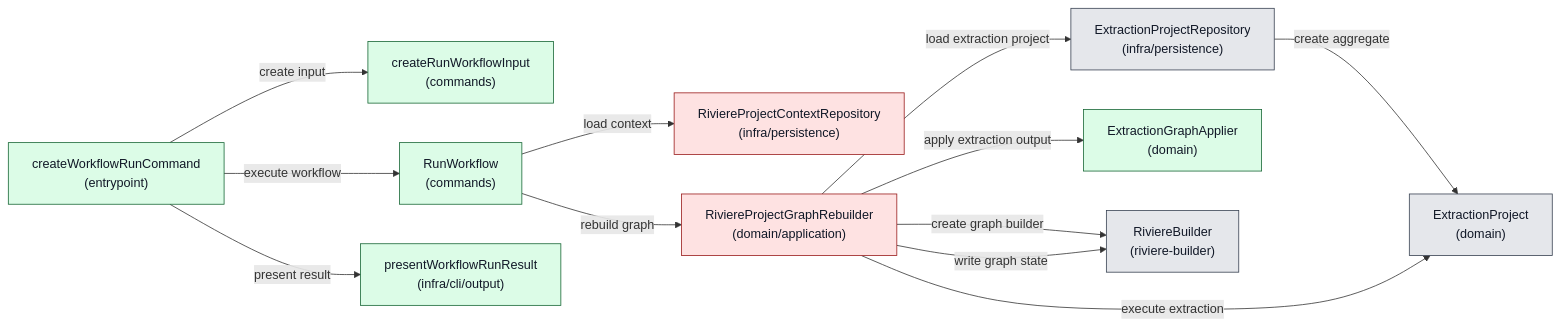
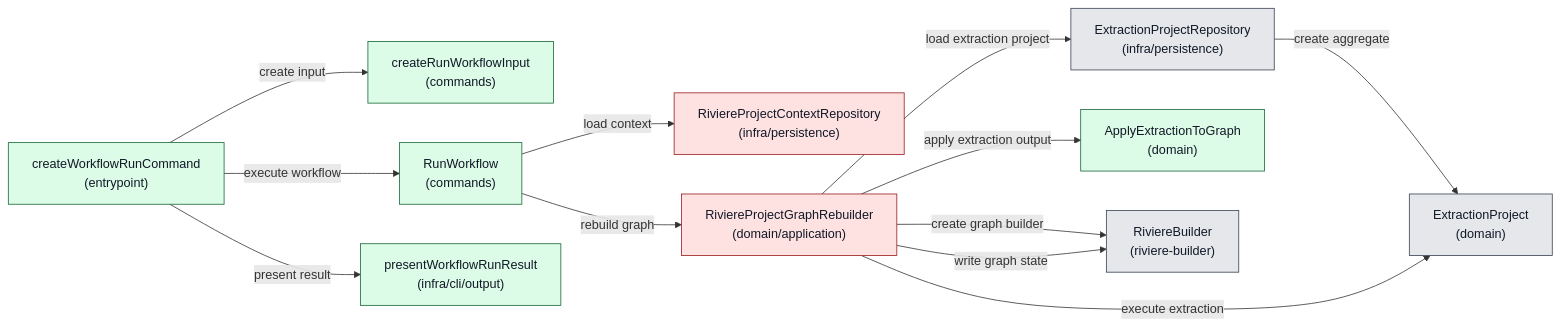
Before and after one commit to NTCoding/living-architecture: the fourth of 5 diagrams in docs/project/PRD/riviere-extraction-workflows-v1/ARCH.md, drawn with Mermaid. The commit also changed other lines of this file and 1 other file, not shown here.

````diff
--- a/docs/project/PRD/riviere-extraction-workflows-v1/ARCH.md
+++ b/docs/project/PRD/riviere-extraction-workflows-v1/ARCH.md
@@ -549,40 +620,40 @@
 ```mermaid
 flowchart LR
   entrypoint["createWorkflowRunCommand<br/>(entrypoint)"]
   inputFactory["createRunWorkflowInput<br/>(commands)"]
   useCase["RunWorkflow<br/>(commands)"]
   contextRepository["RiviereProjectContextRepository<br/>(infra/persistence)"]
   extractionRepository["ExtractionProjectRepository<br/>(infra/persistence)"]
   rebuilder["RiviereProjectGraphRebuilder<br/>(domain/application)"]
   extractionProject["ExtractionProject<br/>(domain)"]
-  graphApplier["ExtractionGraphApplier<br/>(domain)"]
+  graphApplier["ApplyExtractionToGraph<br/>(domain)"]
   builder["RiviereBuilder<br/>(riviere-builder)"]
   formatter["presentWorkflowRunResult<br/>(infra/cli/output)"]
 
   entrypoint -->|create input| inputFactory
   entrypoint -->|execute workflow| useCase
   useCase -->|load context| contextRepository
   useCase -->|rebuild graph| rebuilder
   rebuilder -->|load extraction project| extractionRepository
   extractionRepository -->|create aggregate| extractionProject
   rebuilder -->|execute extraction| extractionProject
   rebuilder -->|create graph builder| builder
   rebuilder -->|apply extraction output| graphApplier
   rebuilder -->|write graph state| builder
   entrypoint -->|present result| formatter
 
   classDef statusExisting fill:#e5e7eb,stroke:#374151,color:#111827
   classDef statusChanged fill:#fef3c7,stroke:#92400e,color:#111827
   classDef statusNew fill:#dcfce7,stroke:#166534,color:#111827
-  classDef statusOpen fill:#fee2e2,stroke:#991b1b,color:#111827
+  classDef statusRejected fill:#fee2e2,stroke:#991b1b,color:#111827
   class entrypoint statusNew
   class inputFactory statusNew
   class useCase statusNew
-  class contextRepository statusOpen
+  class contextRepository statusRejected
   class extractionRepository statusExisting
-  class rebuilder statusOpen
+  class rebuilder statusRejected
   class extractionProject statusExisting
   class graphApplier statusNew
   class builder statusExisting
   class formatter statusNew
 ```
````
